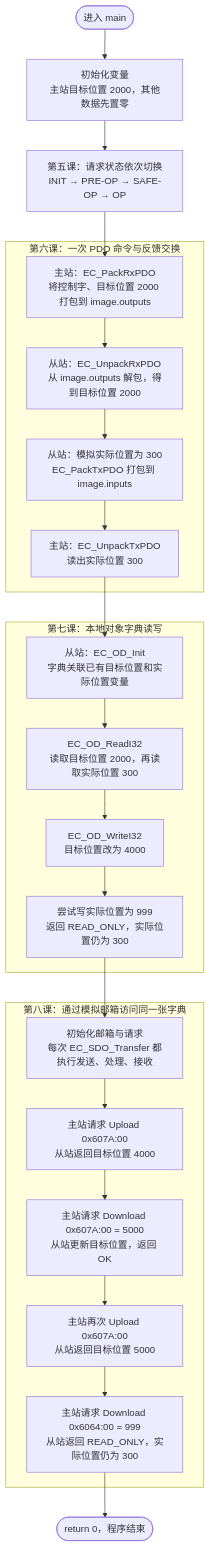
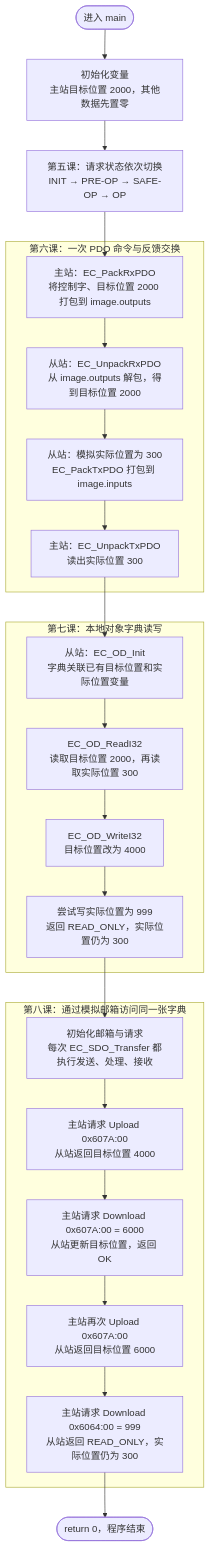
One commit to BigFog666/EtherCat_0to1 changed the first of 2 diagrams in docs/程序运行流程图.md. Above: the diagram before and after it, drawn with Mermaid. The commit also changed other lines of this file and 3 other files, not shown here.

First line of the commit message:
第八课练习：同步 6000 写入值与运行流程图

````diff
--- a/docs/程序运行流程图.md
+++ b/docs/程序运行流程图.md
@@ -9,37 +11,37 @@
 ```mermaid
 flowchart TD
     START(["进入 main"])
     INIT["初始化变量<br/>主站目标位置 2000，其他数据先置零"]
     STATE["第五课：请求状态依次切换<br/>INIT → PRE-OP → SAFE-OP → OP"]
 
     subgraph PDO["第六课：一次 PDO 命令与反馈交换"]
         P1["主站：EC_PackRxPDO<br/>将控制字、目标位置 2000 打包到 image.outputs"]
         P2["从站：EC_UnpackRxPDO<br/>从 image.outputs 解包，得到目标位置 2000"]
         P3["从站：模拟实际位置为 300<br/>EC_PackTxPDO 打包到 image.inputs"]
         P4["主站：EC_UnpackTxPDO<br/>读出实际位置 300"]
         P1 --> P2 --> P3 --> P4
     end
 
     subgraph OD["第七课：本地对象字典读写"]
         O1["从站：EC_OD_Init<br/>字典关联已有目标位置和实际位置变量"]
         O2["EC_OD_ReadI32<br/>读取目标位置 2000，再读取实际位置 300"]
         O3["EC_OD_WriteI32<br/>目标位置改为 4000"]
         O4["尝试写实际位置为 999<br/>返回 READ_ONLY，实际位置仍为 300"]
         O1 --> O2 --> O3 --> O4
     end
 
     subgraph SDO["第八课：通过模拟邮箱访问同一张字典"]
         S1["初始化邮箱与请求<br/>每次 EC_SDO_Transfer 都执行发送、处理、接收"]
         S2["主站请求 Upload 0x607A:00<br/>从站返回目标位置 4000"]
-        S3["主站请求 Download 0x607A:00 = 5000<br/>从站更新目标位置，返回 OK"]
-        S4["主站再次 Upload 0x607A:00<br/>从站返回目标位置 5000"]
+        S3["主站请求 Download 0x607A:00 = 6000<br/>从站更新目标位置，返回 OK"]
+        S4["主站再次 Upload 0x607A:00<br/>从站返回目标位置 6000"]
         S5["主站请求 Download 0x6064:00 = 999<br/>从站返回 READ_ONLY，实际位置仍为 300"]
         S1 --> S2 --> S3 --> S4 --> S5
     end
 
     FINISH(["return 0，程序结束"])
     START --> INIT --> STATE --> P1
     P4 --> O1
     O4 --> S1
     S5 --> FINISH
 ```
````
